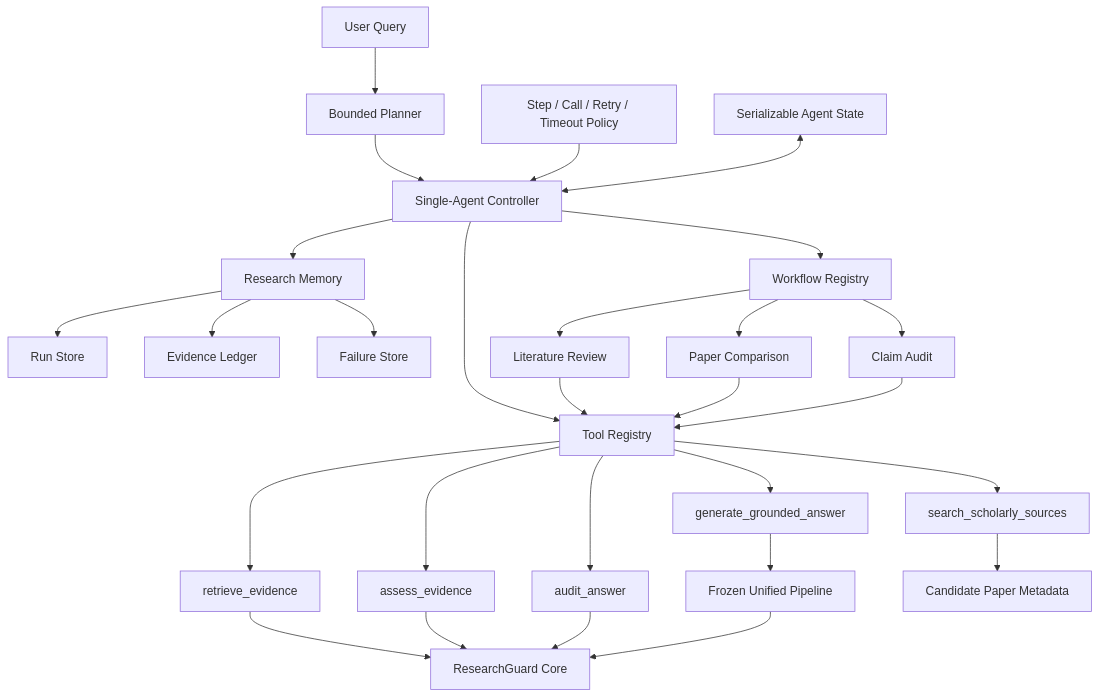
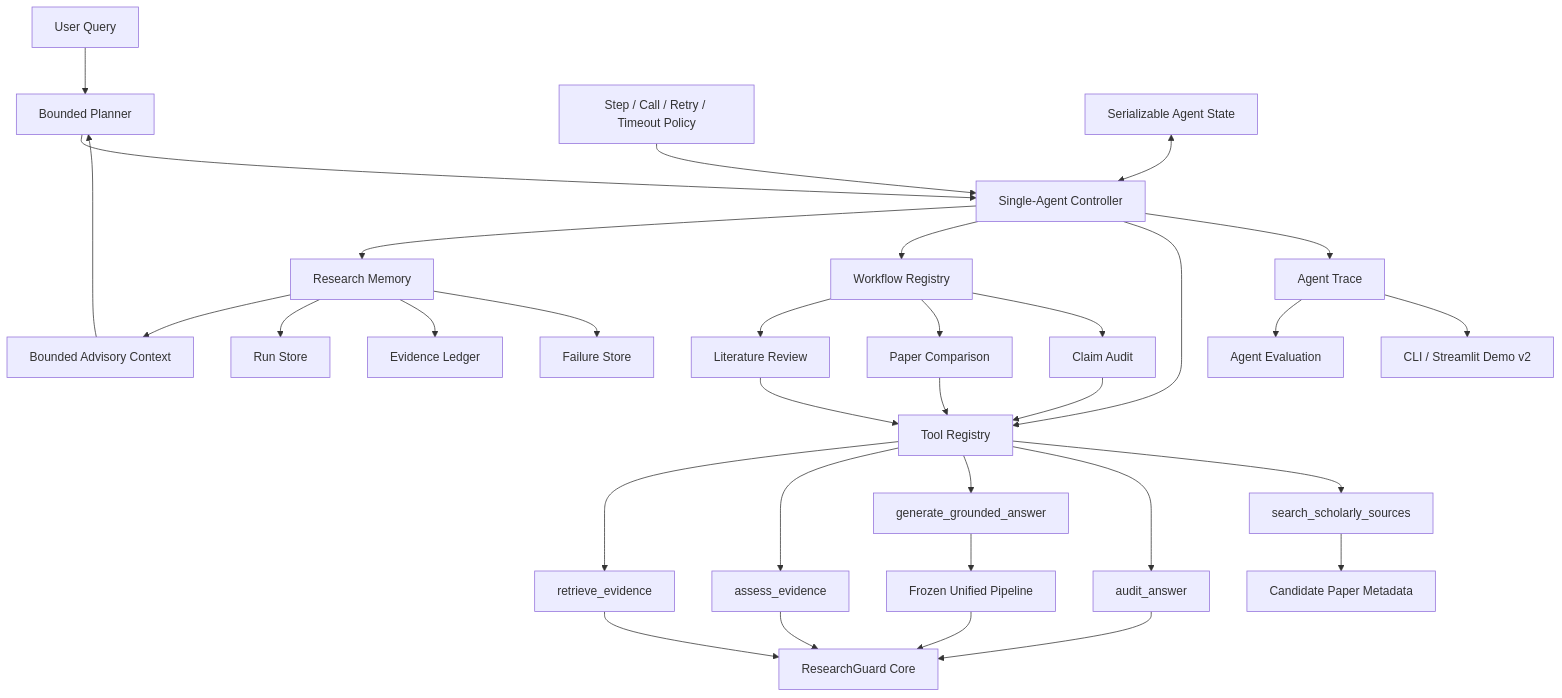
One commit to Xzh1844963039/ResearchGuard-Agent changed the second of 2 diagrams in README.md. Above: the diagram before and after it, drawn with Mermaid. The commit also changed other lines of this file and 21 other files, not shown here.

Commit message:
feat: add research agent evaluation and productization v1

````diff
--- a/README.md
+++ b/README.md
@@ -35,30 +35,35 @@
 ```mermaid
 flowchart TD
     Query["User Query"] --> Planner["Bounded Planner"]
     Planner --> Controller["Single-Agent Controller"]
     Policy["Step / Call / Retry / Timeout Policy"] --> Controller
     State["Serializable Agent State"] <--> Controller
     Controller --> Memory["Research Memory"]
+    Memory --> Context["Bounded Advisory Context"]
+    Context --> Planner
     Memory --> RunStore["Run Store"]
     Memory --> Ledger["Evidence Ledger"]
     Memory --> FailureStore["Failure Store"]
     Controller --> WorkflowRegistry["Workflow Registry"]
     Controller --> Registry["Tool Registry"]
     WorkflowRegistry --> Review["Literature Review"]
     WorkflowRegistry --> Compare["Paper Comparison"]
     WorkflowRegistry --> Claim["Claim Audit"]
     Review --> Registry
     Compare --> Registry
     Claim --> Registry
     Registry --> RetrievalTool["retrieve_evidence"]
     Registry --> EvidenceTool["assess_evidence"]
     Registry --> AnswerTool["generate_grounded_answer"]
     Registry --> AuditTool["audit_answer"]
     Registry --> ScholarTool["search_scholarly_sources"]
     RetrievalTool --> Core["ResearchGuard Core"]
     EvidenceTool --> Core
     AnswerTool --> Pipeline["Frozen Unified Pipeline"]
     AuditTool --> Core
     ScholarTool --> Candidates["Candidate Paper Metadata"]
     Pipeline --> Core
+    Controller --> Trace["Agent Trace"]
+    Trace --> Evaluation["Agent Evaluation"]
+    Trace --> Demo["CLI / Streamlit Demo v2"]
 ```
````
